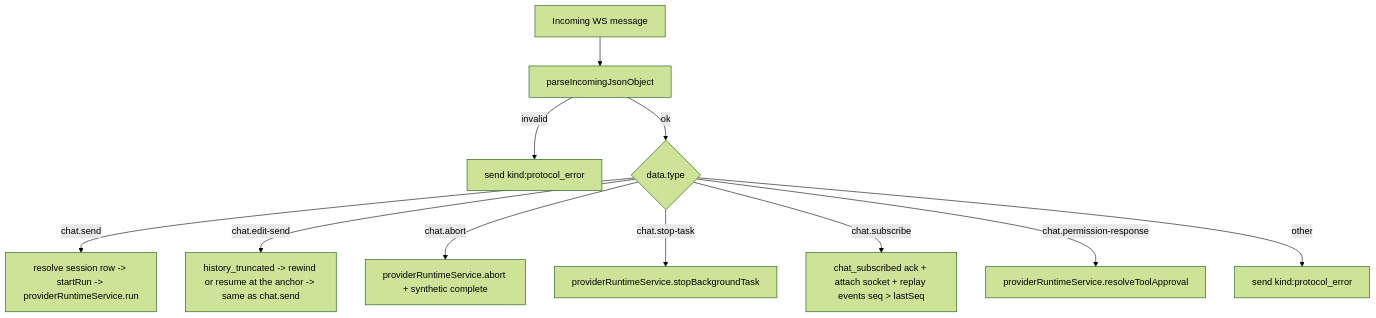
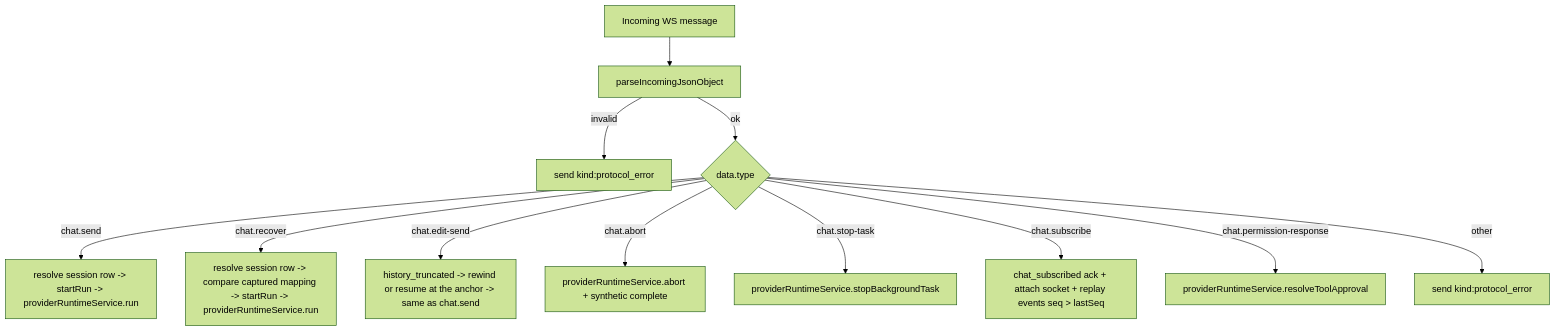
One commit to siteboon/claudecodeui changed the third of 5 diagrams in server/modules/websocket/README.md. Above: the diagram before and after it, drawn with Mermaid (forest theme). The commit also changed other lines of this file and 6 other files, not shown here.

Commit message:
fix: bind recovery runs to captured provider sessions

````diff
--- a/server/modules/websocket/README.md
+++ b/server/modules/websocket/README.md
@@ -126,14 +126,15 @@
 ```mermaid
 flowchart TD
   A[Incoming WS message] --> B[parseIncomingJsonObject]
   B -->|invalid| C[send kind:protocol_error]
   B -->|ok| D{data.type}
 
   D -->|chat.send| E[resolve session row -> startRun -> providerRuntimeService.run]
+  D -->|chat.recover| E3[resolve session row -> compare captured mapping -> startRun -> providerRuntimeService.run]
   D -->|chat.edit-send| E2[history_truncated -> rewind or resume at the anchor -> same as chat.send]
   D -->|chat.abort| F[providerRuntimeService.abort + synthetic complete]
   D -->|chat.stop-task| F2[providerRuntimeService.stopBackgroundTask]
   D -->|chat.subscribe| G[chat_subscribed ack + attach socket + replay events seq > lastSeq]
   D -->|chat.permission-response| H[providerRuntimeService.resolveToolApproval]
   D -->|other| I[send kind:protocol_error]
 ```
````
